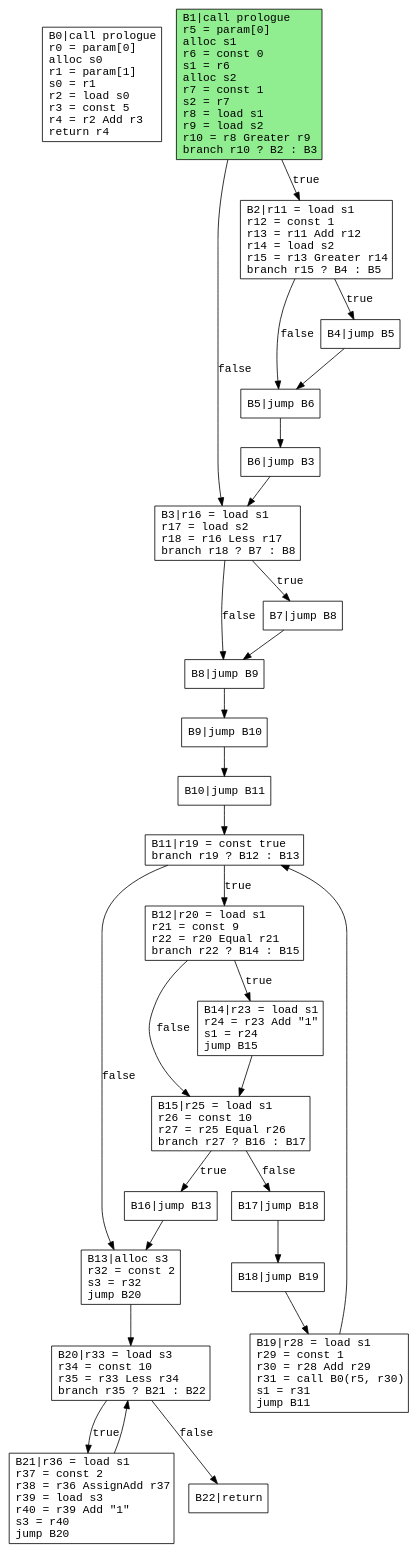
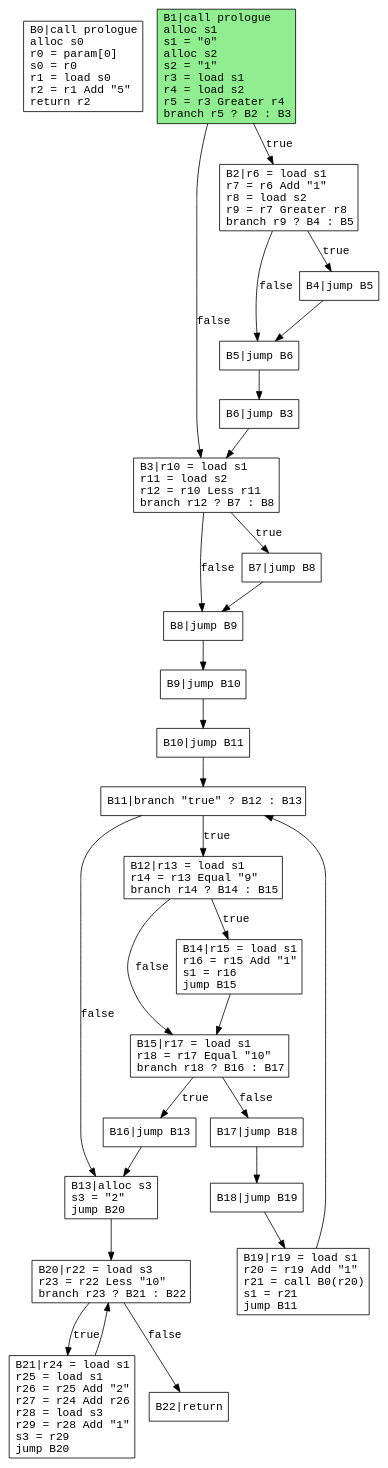
The diagram in output/scopes.dot (safarislava/ProcTranslator), drawn with Graphviz before and after one commit. The commit also changed 37 other files, not shown here.

```diff
--- a/output/scopes.dot
+++ b/output/scopes.dot
@@ -1,58 +1,58 @@
 digraph CFG {
   rankdir=TB;
   node [shape=box, fontname="Courier"];
   edge [fontname="Courier"];
 
-  B0 [label="B0|call prologue\lr0 = param[0]\lalloc s0\lr1 = param[1]\ls0 = r1\lr2 = load s0\lr3 = const 5\lr4 = r2 Add r3\lreturn r4\l"];
-  B1 [label="B1|call prologue\lr5 = param[0]\lalloc s1\lr6 = const 0\ls1 = r6\lalloc s2\lr7 = const 1\ls2 = r7\lr8 = load s1\lr9 = load s2\lr10 = r8 Greater r9\lbranch r10 ? B2 : B3\l"];
-  B2 [label="B2|r11 = load s1\lr12 = const 1\lr13 = r11 Add r12\lr14 = load s2\lr15 = r13 Greater r14\lbranch r15 ? B4 : B5\l"];
-  B3 [label="B3|r16 = load s1\lr17 = load s2\lr18 = r16 Less r17\lbranch r18 ? B7 : B8\l"];
+  B0 [label="B0|call prologue\lalloc s0\lr0 = param[0]\ls0 = r0\lr1 = load s0\lr2 = r1 Add \"5\"\lreturn r2\l"];
+  B1 [label="B1|call prologue\lalloc s1\ls1 = \"0\"\lalloc s2\ls2 = \"1\"\lr3 = load s1\lr4 = load s2\lr5 = r3 Greater r4\lbranch r5 ? B2 : B3\l"];
+  B2 [label="B2|r6 = load s1\lr7 = r6 Add \"1\"\lr8 = load s2\lr9 = r7 Greater r8\lbranch r9 ? B4 : B5\l"];
+  B3 [label="B3|r10 = load s1\lr11 = load s2\lr12 = r10 Less r11\lbranch r12 ? B7 : B8\l"];
   B4 [label="B4|jump B5\l"];
   B5 [label="B5|jump B6\l"];
   B6 [label="B6|jump B3\l"];
   B7 [label="B7|jump B8\l"];
   B8 [label="B8|jump B9\l"];
   B9 [label="B9|jump B10\l"];
   B10 [label="B10|jump B11\l"];
-  B11 [label="B11|r19 = const true\lbranch r19 ? B12 : B13\l"];
-  B12 [label="B12|r20 = load s1\lr21 = const 9\lr22 = r20 Equal r21\lbranch r22 ? B14 : B15\l"];
-  B13 [label="B13|alloc s3\lr32 = const 2\ls3 = r32\ljump B20\l"];
-  B14 [label="B14|r23 = load s1\lr24 = r23 Add \"1\"\ls1 = r24\ljump B15\l"];
-  B15 [label="B15|r25 = load s1\lr26 = const 10\lr27 = r25 Equal r26\lbranch r27 ? B16 : B17\l"];
+  B11 [label="B11|branch \"true\" ? B12 : B13\l"];
+  B12 [label="B12|r13 = load s1\lr14 = r13 Equal \"9\"\lbranch r14 ? B14 : B15\l"];
+  B13 [label="B13|alloc s3\ls3 = \"2\"\ljump B20\l"];
+  B14 [label="B14|r15 = load s1\lr16 = r15 Add \"1\"\ls1 = r16\ljump B15\l"];
+  B15 [label="B15|r17 = load s1\lr18 = r17 Equal \"10\"\lbranch r18 ? B16 : B17\l"];
   B16 [label="B16|jump B13\l"];
   B17 [label="B17|jump B18\l"];
   B18 [label="B18|jump B19\l"];
-  B19 [label="B19|r28 = load s1\lr29 = const 1\lr30 = r28 Add r29\lr31 = call B0(r5, r30)\ls1 = r31\ljump B11\l"];
-  B20 [label="B20|r33 = load s3\lr34 = const 10\lr35 = r33 Less r34\lbranch r35 ? B21 : B22\l"];
-  B21 [label="B21|r36 = load s1\lr37 = const 2\lr38 = r36 AssignAdd r37\lr39 = load s3\lr40 = r39 Add \"1\"\ls3 = r40\ljump B20\l"];
+  B19 [label="B19|r19 = load s1\lr20 = r19 Add \"1\"\lr21 = call B0(r20)\ls1 = r21\ljump B11\l"];
+  B20 [label="B20|r22 = load s3\lr23 = r22 Less \"10\"\lbranch r23 ? B21 : B22\l"];
+  B21 [label="B21|r24 = load s1\lr25 = load s1\lr26 = r25 Add \"2\"\lr27 = r24 Add r26\lr28 = load s3\lr29 = r28 Add \"1\"\ls3 = r29\ljump B20\l"];
   B22 [label="B22|return\l"];
   B1 -> B2 [label="true"];
   B1 -> B3 [label="false"];
   B2 -> B4 [label="true"];
   B2 -> B5 [label="false"];
   B3 -> B7 [label="true"];
   B3 -> B8 [label="false"];
   B4 -> B5;
   B5 -> B6;
   B6 -> B3;
   B7 -> B8;
   B8 -> B9;
   B9 -> B10;
   B10 -> B11;
   B11 -> B12 [label="true"];
   B11 -> B13 [label="false"];
   B12 -> B14 [label="true"];
   B12 -> B15 [label="false"];
   B13 -> B20;
   B14 -> B15;
   B15 -> B16 [label="true"];
   B15 -> B17 [label="false"];
   B16 -> B13;
   B17 -> B18;
   B18 -> B19;
   B19 -> B11;
   B20 -> B21 [label="true"];
   B20 -> B22 [label="false"];
   B21 -> B20;
   B1 [style=filled, fillcolor=lightgreen];
 }
```
